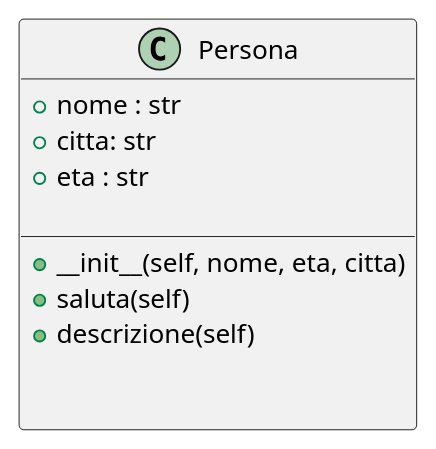
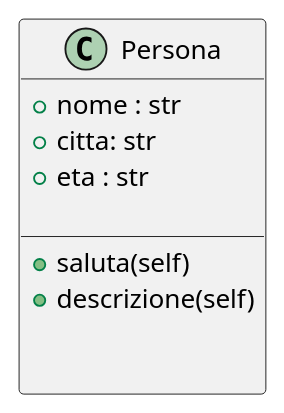
The diagram in pumlpuml/1.puml (AlessandroSanchi/4mAAAA), drawn with PlantUML before and after one commit. The commit also changed 5 other files, not shown here.

```diff
--- a/pumlpuml/1.puml
+++ b/pumlpuml/1.puml
@@ -1,16 +1,15 @@
 @startuml a
 
 class Persona {
     +nome : str
     +citta: str
     +eta : str
 
     __
-    +__init__(self, nome, eta, citta)
     +saluta(self)
     +descrizione(self)
 
 
 }
 
 @enduml
```
